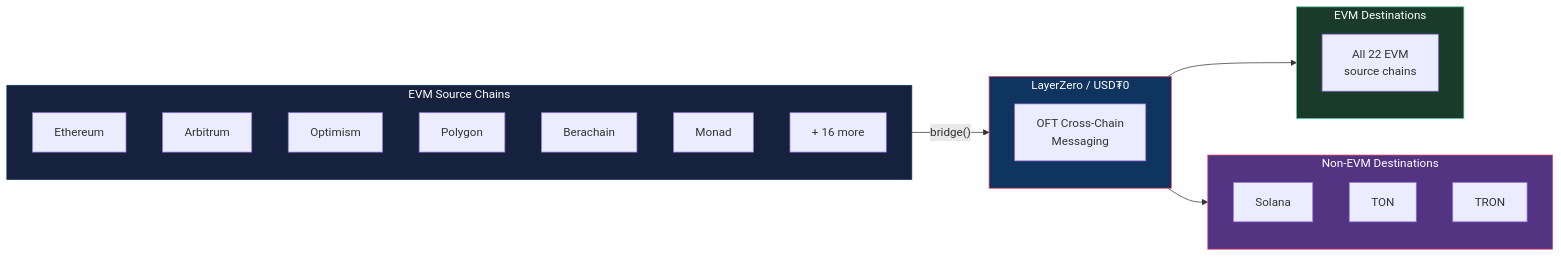
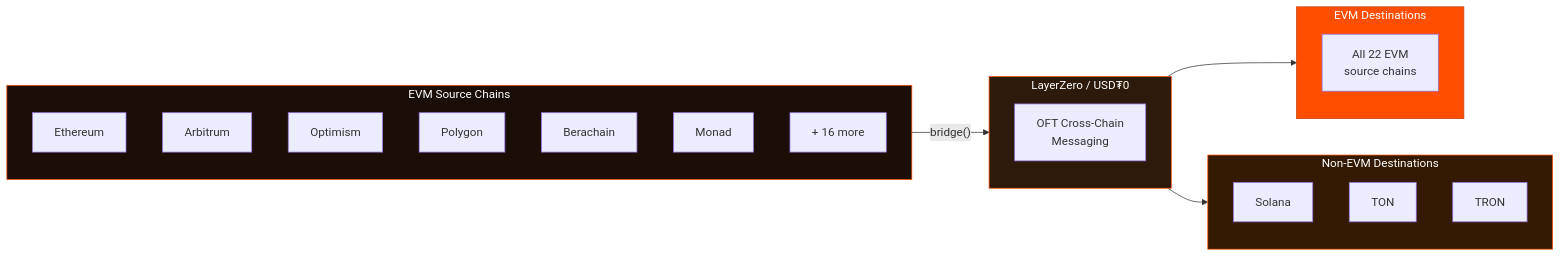
Before and after one commit to gatteo/wdk-docs: the diagram in sdk/bridge-modules/bridge-usdt0-evm/README.md, drawn with Mermaid. The commit also changed 21 other files, not shown here.

Commit message:
docs: update all mermaid diagrams to WDK branding colors (#FF4E00 orange, #080201 dark)

````diff
--- a/sdk/bridge-modules/bridge-usdt0-evm/README.md
+++ b/sdk/bridge-modules/bridge-usdt0-evm/README.md
@@ -38,39 +38,39 @@
 ```mermaid
 graph LR
     subgraph Sources["EVM Source Chains"]
         direction TB
         ETH["Ethereum"]
         ARB["Arbitrum"]
         OPT["Optimism"]
         POLY["Polygon"]
         BERA["Berachain"]
         MONAD["Monad"]
         MORE1["+ 16 more"]
     end
 
     subgraph Bridge["LayerZero / USD₮0"]
         direction TB
         LZ["OFT Cross-Chain\nMessaging"]
     end
 
     subgraph EVM_Dest["EVM Destinations"]
         direction TB
         D1["All 22 EVM\nsource chains"]
     end
 
     subgraph NonEVM["Non-EVM Destinations"]
         direction TB
         SOL["Solana"]
         TON["TON"]
         TRON["TRON"]
     end
 
     Sources -->|"bridge()"| Bridge
     Bridge --> EVM_Dest
     Bridge --> NonEVM
 
-    style Sources fill:#16213e,stroke:#0f3460,color:#fff
-    style Bridge fill:#0f3460,stroke:#e94560,color:#fff
-    style EVM_Dest fill:#1a3a2a,stroke:#4ecca3,color:#fff
-    style NonEVM fill:#533483,stroke:#e94560,color:#fff
+    style Sources fill:#1a0e06,stroke:#FF4E00,color:#fff
+    style Bridge fill:#2d1a0a,stroke:#FF4E00,color:#fff
+    style EVM_Dest fill:#FF4E00,stroke:#cc3e00,color:#fff
+    style NonEVM fill:#331a00,stroke:#FF4E00,color:#fff
 ```
````
